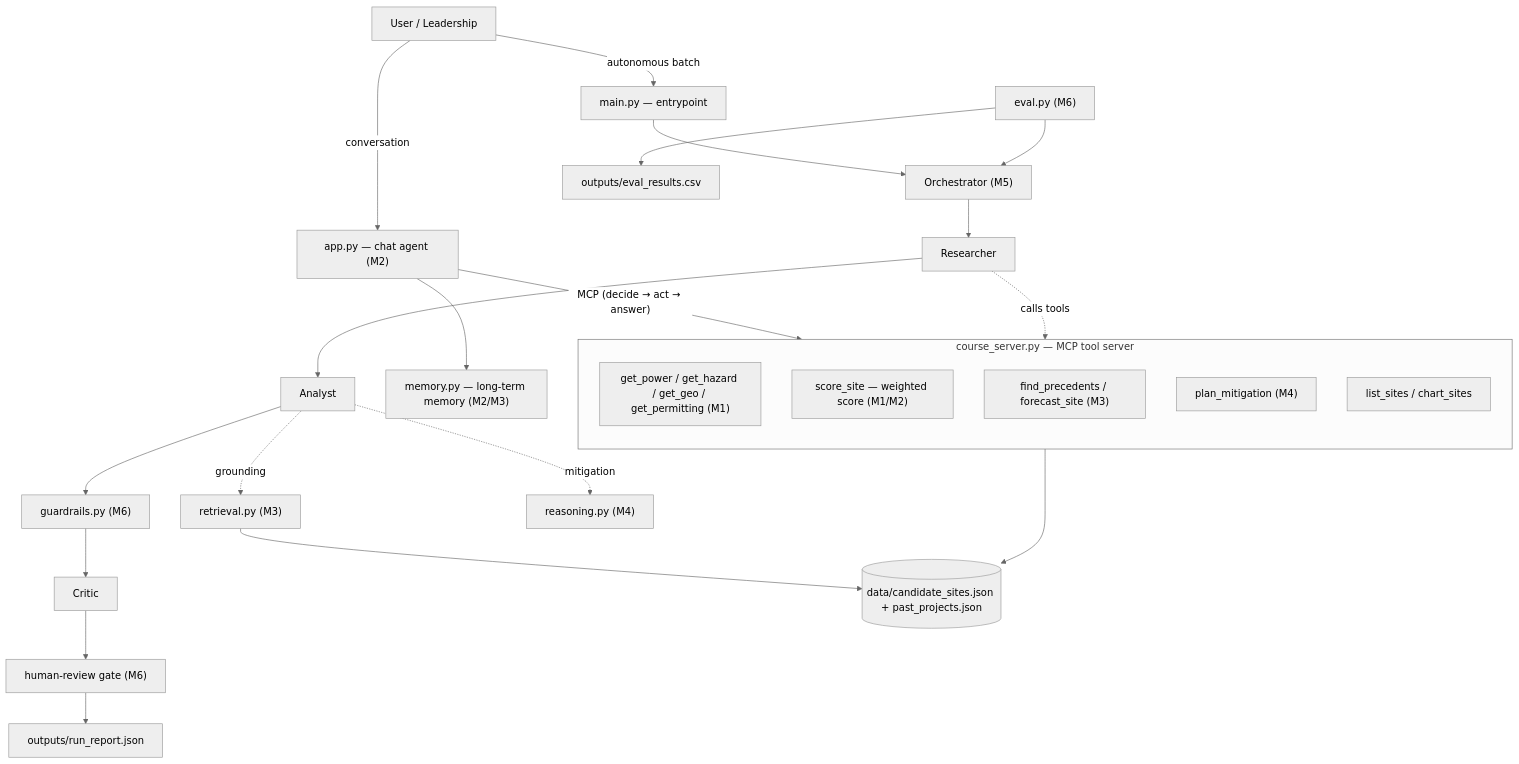
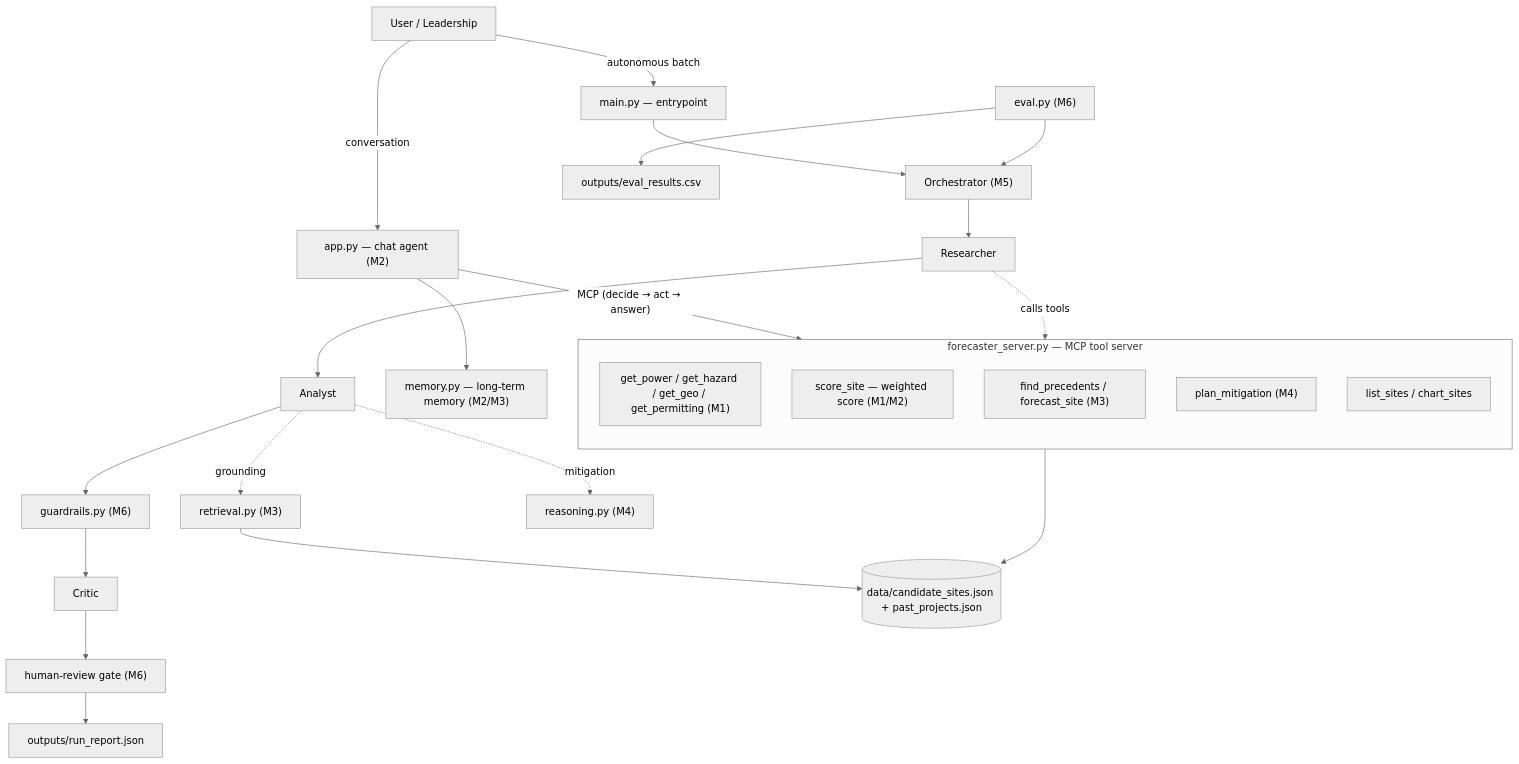
Before and after one commit to nlakshmanan/cmu-local-agent-demo: the diagram in README.md, drawn with Mermaid (neutral theme). The commit also changed other lines of this file and 9 other files, not shown here.

Commit message:
Add forecaster server and update documentation

````diff
--- a/README.md
+++ b/README.md
@@ -37,31 +37,31 @@
 ```mermaid
 flowchart TD
     U["User / Leadership"]
     U -->|"conversation"| APP["app.py — chat agent (M2)"]
     U -->|"autonomous batch"| MAIN["main.py — entrypoint"]
 
-    subgraph SERVER["course_server.py — MCP tool server"]
+    subgraph SERVER["forecaster_server.py — MCP tool server"]
       direction TB
       T1["get_power / get_hazard / get_geo / get_permitting (M1)"]
       T2["score_site — weighted score (M1/M2)"]
       T3["find_precedents / forecast_site (M3)"]
       T4["plan_mitigation (M4)"]
       T5["list_sites / chart_sites"]
     end
 
     APP -->|"MCP (decide → act → answer)"| SERVER
     APP --> MEM["memory.py — long-term memory (M2/M3)"]
 
     MAIN --> ORCH["Orchestrator (M5)"]
     ORCH --> RES["Researcher"] --> ANA["Analyst"] --> GRD["guardrails.py (M6)"] --> CRT["Critic"] --> GATE["human-review gate (M6)"]
     RES -.->|"calls tools"| SERVER
     ANA -.->|"grounding"| RET["retrieval.py (M3)"]
     ANA -.->|"mitigation"| REA["reasoning.py (M4)"]
     GATE --> REP["outputs/run_report.json"]
 
     SERVER --> DATA[("data/candidate_sites.json + past_projects.json")]
     RET --> DATA
 
     EVAL["eval.py (M6)"] --> ORCH
     EVAL --> CSV["outputs/eval_results.csv"]
 ```
````
